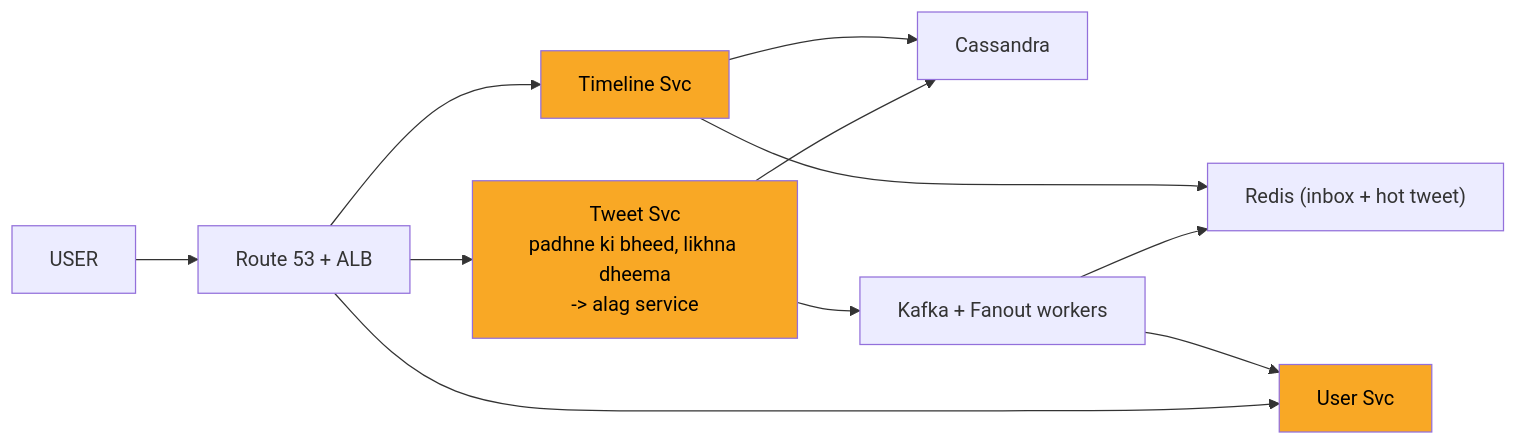
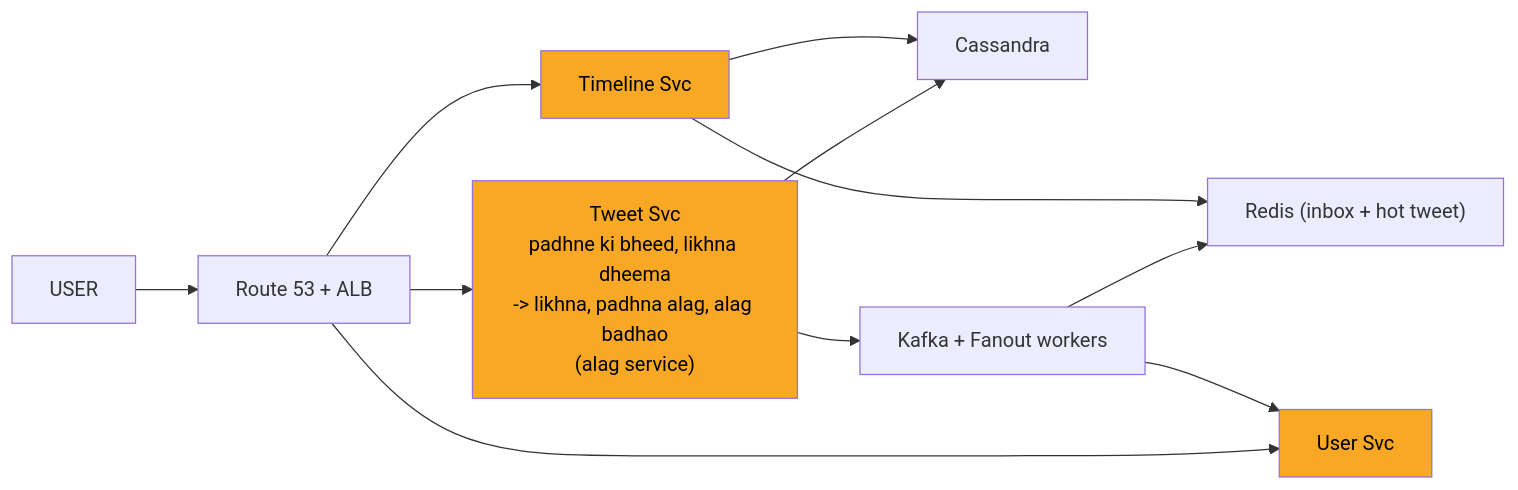
One commit to ArpanMaheshwari144/Prep changed the tenth of 12 diagrams in 04_HLD/SYSTEM_DESIGNS/03_twitter_feed/03_twitter_feed.md. Above: the diagram before and after it, drawn with Mermaid. The commit also changed other lines of this file and 13 other files, not shown here.

````diff
--- a/04_HLD/SYSTEM_DESIGNS/03_twitter_feed/03_twitter_feed.md
+++ b/04_HLD/SYSTEM_DESIGNS/03_twitter_feed/03_twitter_feed.md
@@ -375,24 +375,24 @@
 ```mermaid
 flowchart LR
     n_USER["USER"]
     n_EDGE["Route 53 + ALB"]
-    n_Tweet_Svc["Tweet Svc<br/>padhne ki bheed, likhna dheema<br/>-> alag service"]
+    n_Tweet_Svc["Tweet Svc<br/>padhne ki bheed, likhna dheema<br/>-> likhna, padhna alag, alag badhao<br/>(alag service)"]
     n_Cassandra["Cassandra"]
     n_FAN["Kafka + Fanout workers"]
     n_RI["Redis (inbox + hot tweet)"]
     n_Timeline_Svc["Timeline Svc"]
     n_UG["User Svc"]
     n_USER --> n_EDGE
     n_EDGE --> n_Tweet_Svc
     n_EDGE --> n_Timeline_Svc
     n_EDGE --> n_UG
     n_Tweet_Svc --> n_Cassandra
     n_Tweet_Svc --> n_FAN
     n_FAN --> n_RI
     n_Timeline_Svc --> n_RI
     n_Timeline_Svc --> n_Cassandra
     n_FAN --> n_UG
     style n_Tweet_Svc fill:#f9a825,color:#000
     style n_Timeline_Svc fill:#f9a825,color:#000
     style n_UG fill:#f9a825,color:#000
 ```
````
